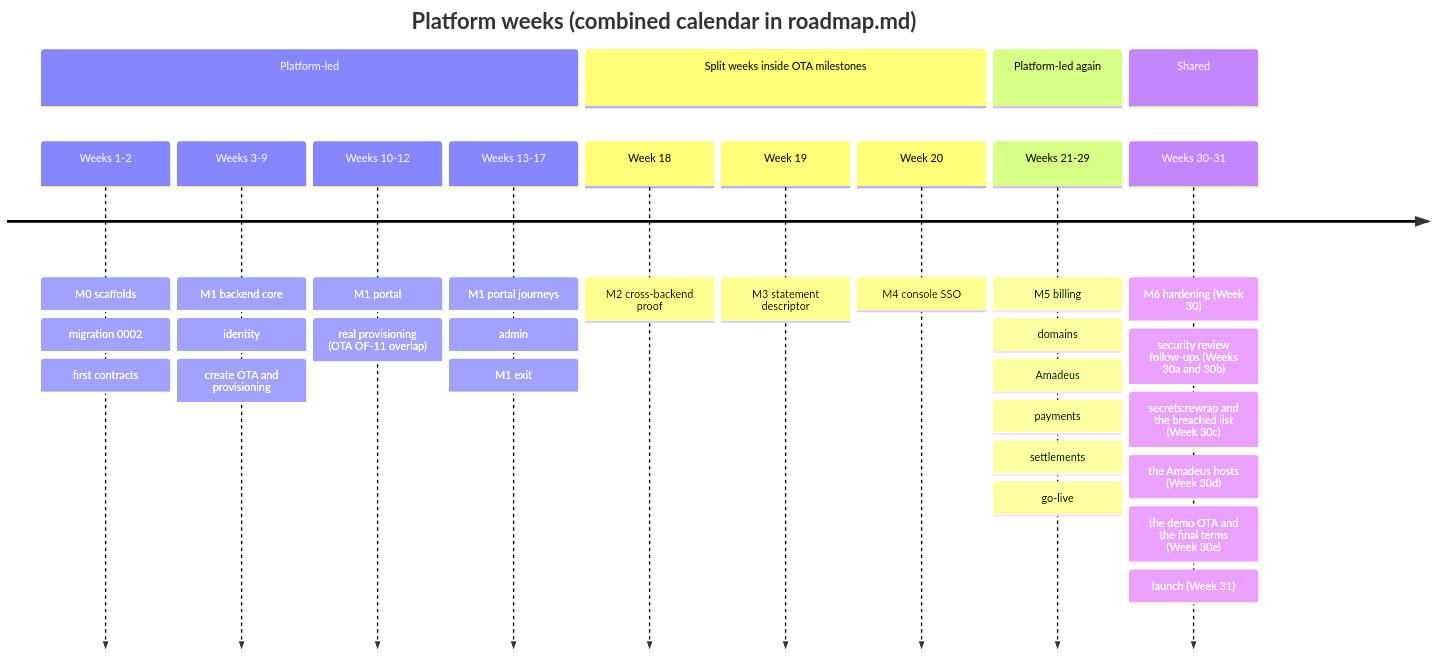
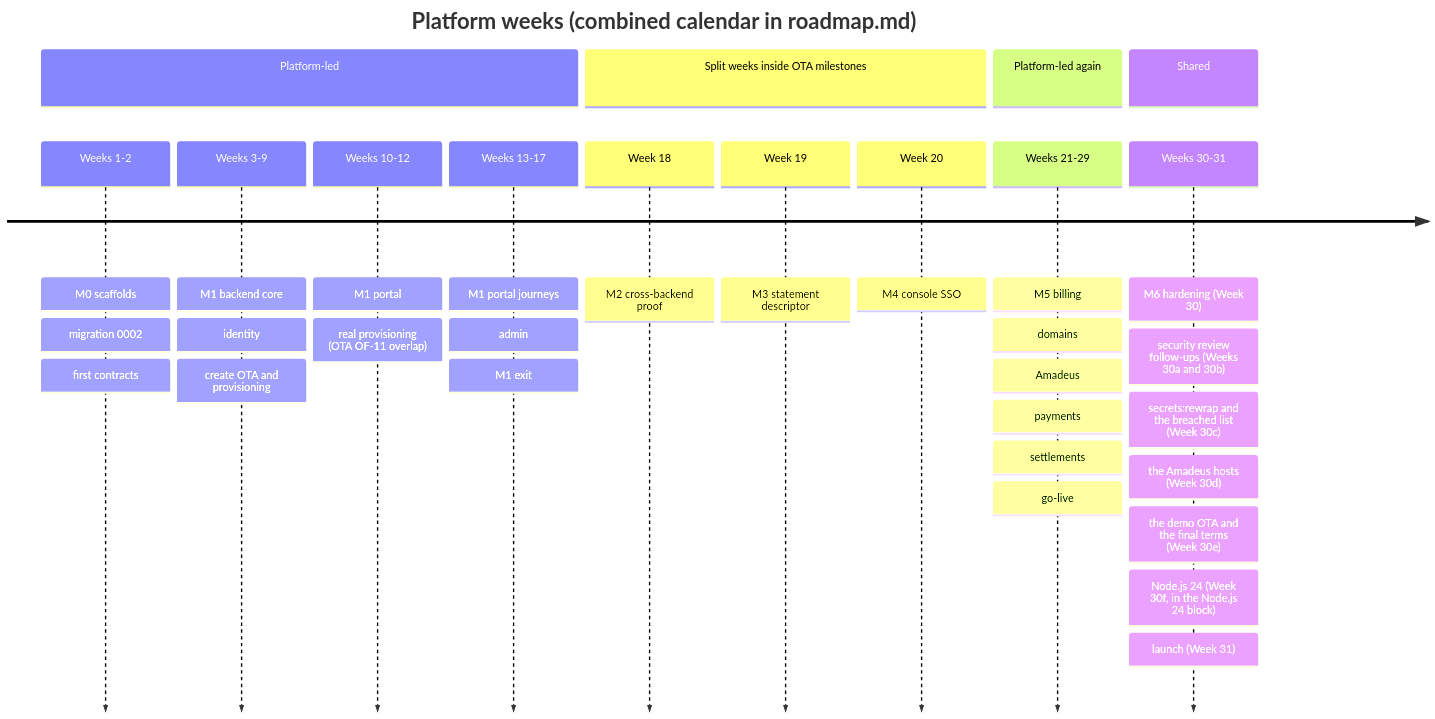
The diagram in platform/docs/plans/solo-developer-plan.md (bhagwati-prasad/velexis-ota), drawn with Mermaid before and after one commit. The commit also changed other lines of this file and 15 other files, not shown here.

````diff
--- a/platform/docs/plans/solo-developer-plan.md
+++ b/platform/docs/plans/solo-developer-plan.md
@@ -63,17 +64,17 @@
 ```mermaid
 timeline
   title Platform weeks (combined calendar in roadmap.md)
   section Platform-led
     Weeks 1-2 : M0 scaffolds : migration 0002 : first contracts
     Weeks 3-9 : M1 backend core : identity : create OTA and provisioning
     Weeks 10-12 : M1 portal : real provisioning (OTA OF-11 overlap)
     Weeks 13-17 : M1 portal journeys : admin : M1 exit
   section Split weeks inside OTA milestones
     Week 18 : M2 cross-backend proof
     Week 19 : M3 statement descriptor
     Week 20 : M4 console SSO
   section Platform-led again
     Weeks 21-29 : M5 billing : domains : Amadeus : payments : settlements : go-live
   section Shared
-    Weeks 30-31 : M6 hardening (Week 30) : security review follow-ups (Weeks 30a and 30b) : secrets:rewrap and the breached list (Week 30c) : the Amadeus hosts (Week 30d) : the demo OTA and the final terms (Week 30e) : launch (Week 31)
+    Weeks 30-31 : M6 hardening (Week 30) : security review follow-ups (Weeks 30a and 30b) : secrets:rewrap and the breached list (Week 30c) : the Amadeus hosts (Week 30d) : the demo OTA and the final terms (Week 30e) : Node.js 24 (Week 30f, in the Node.js 24 block) : launch (Week 31)
 ```
````
